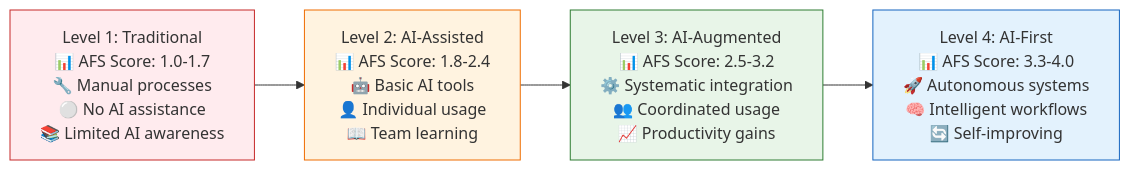
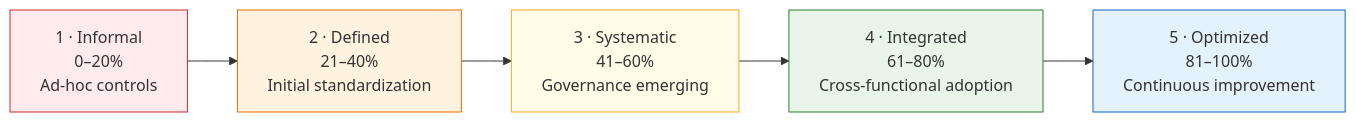
Before and after one commit to P-Saraiva/ai-first-maturity-assesment-framework: the second of 3 diagrams in README.md, drawn with Mermaid. The commit also changed other lines of this file and 1 other file, not shown here.

````diff
--- a/README.md
+++ b/README.md
@@ -129,15 +99,13 @@
 ```mermaid
 graph LR
-    A[Level 1: Traditional<br/>📊 AFS Score: 1.0-1.7<br/>🔧 Manual processes<br/>⚪ No AI assistance<br/>📚 Limited AI awareness] 
-    
-    A --> B[Level 2: AI-Assisted<br/>📊 AFS Score: 1.8-2.4<br/>🤖 Basic AI tools<br/>👤 Individual usage<br/>📖 Team learning]
-    
-    B --> C[Level 3: AI-Augmented<br/>📊 AFS Score: 2.5-3.2<br/>⚙️ Systematic integration<br/>👥 Coordinated usage<br/>📈 Productivity gains]
-    
-    C --> D[Level 4: AI-First<br/>📊 AFS Score: 3.3-4.0<br/>🚀 Autonomous systems<br/>🧠 Intelligent workflows<br/>🔄 Self-improving]
-    
+    A[1 · Informal<br/>0–20%<br/>Ad-hoc controls] --> B[2 · Defined<br/>21–40%<br/>Initial standardization]
+    B --> C[3 · Systematic<br/>41–60%<br/>Governance emerging]
+    C --> D[4 · Integrated<br/>61–80%<br/>Cross-functional adoption]
+    D --> E[5 · Optimized<br/>81–100%<br/>Continuous improvement]
+
     style A fill:#ffebee,stroke:#c62828
     style B fill:#fff3e0,stroke:#ef6c00
-    style C fill:#e8f5e8,stroke:#2e7d32
-    style D fill:#e3f2fd,stroke:#1565c0
+    style C fill:#fffde7,stroke:#f9a825
+    style D fill:#e8f5e8,stroke:#2e7d32
+    style E fill:#e3f2fd,stroke:#1565c0
 ```
````
